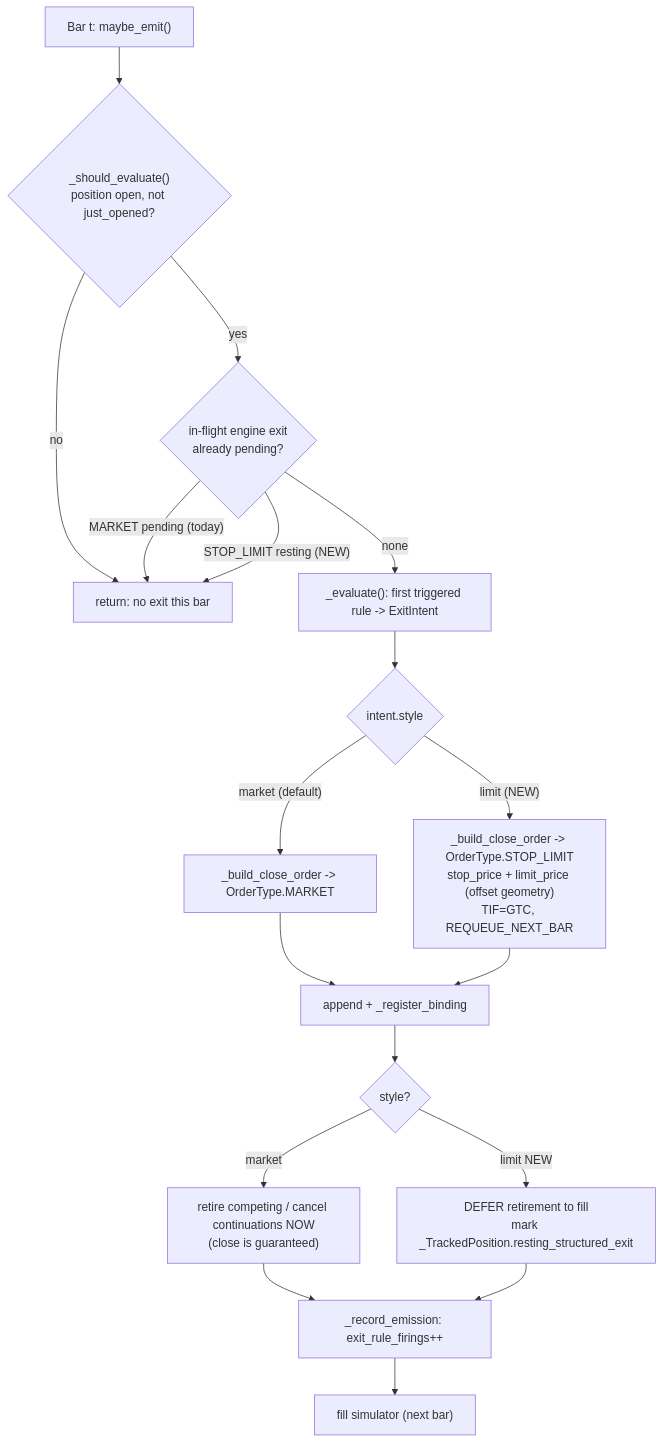
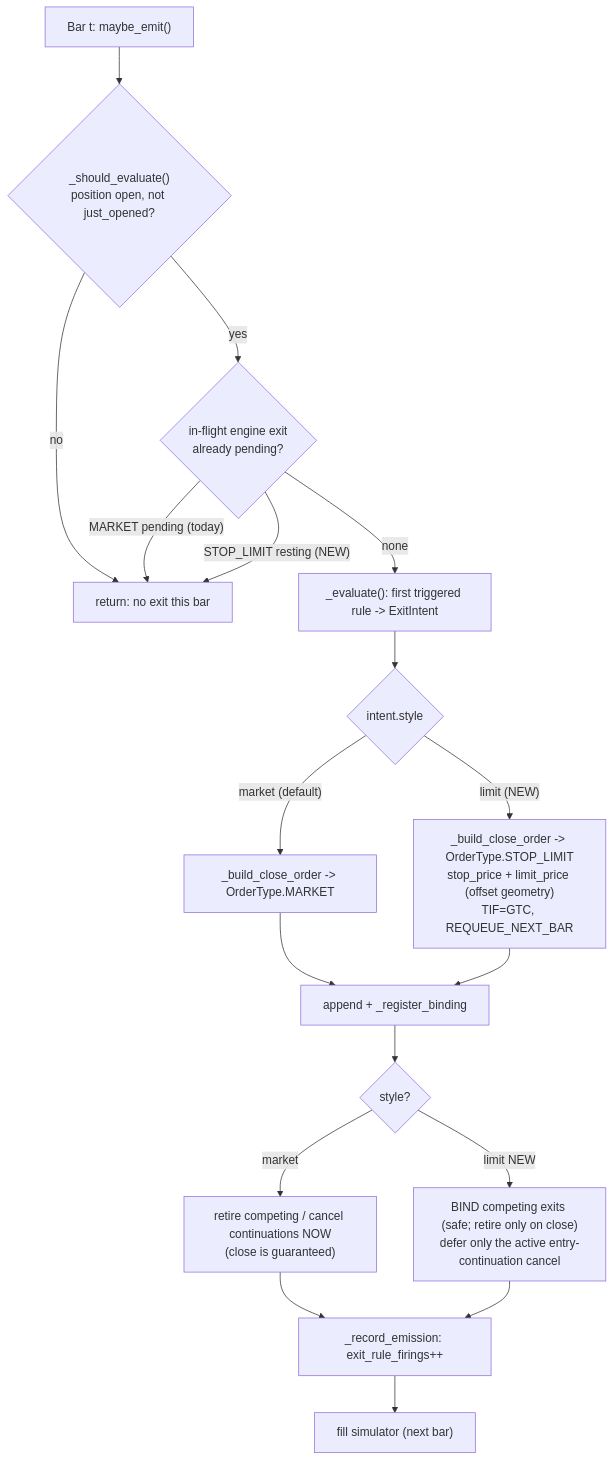
The first of 3 diagrams in backend/agents/plans/strategy_lab_dsl_stop_limit_exits.plan.md (brandonkindred/Khala-Agentic-AI-Teams), drawn with Mermaid before and after one commit. The commit also changed other lines of this file and 3 other files, not shown here.

First line of the commit message:
Fix stop-limit fill counting and competing-order retirement (review)

````diff
--- a/backend/agents/plans/strategy_lab_dsl_stop_limit_exits.plan.md
+++ b/backend/agents/plans/strategy_lab_dsl_stop_limit_exits.plan.md
@@ -135,20 +135,20 @@
 ```mermaid
 flowchart TD
     A["Bar t: maybe_emit()"] --> B{"_should_evaluate()<br/>position open, not just_opened?"}
     B -->|no| Z["return: no exit this bar"]
     B -->|yes| C{"in-flight engine exit<br/>already pending?"}
     C -->|"MARKET pending (today)"| Z
     C -->|"STOP_LIMIT resting (NEW)"| Z
     C -->|none| D["_evaluate(): first triggered rule -> ExitIntent"]
     D --> E{"intent.style"}
     E -->|"market (default)"| F["_build_close_order -> OrderType.MARKET"]
     E -->|"limit (NEW)"| G["_build_close_order -> OrderType.STOP_LIMIT<br/>stop_price + limit_price (offset geometry)<br/>TIF=GTC, REQUEUE_NEXT_BAR"]
     F --> H["append + _register_binding"]
     G --> H
     H --> I{"style?"}
     I -->|market| J["retire competing / cancel continuations NOW<br/>(close is guaranteed)"]
-    I -->|limit NEW| K["DEFER retirement to fill<br/>mark _TrackedPosition.resting_structured_exit"]
+    I -->|limit NEW| K["BIND competing exits (safe; retire only on close)<br/>defer only the active entry-continuation cancel"]
     J --> L["_record_emission: exit_rule_firings++"]
     K --> L
     L --> M["fill simulator (next bar)"]
 ```
````
